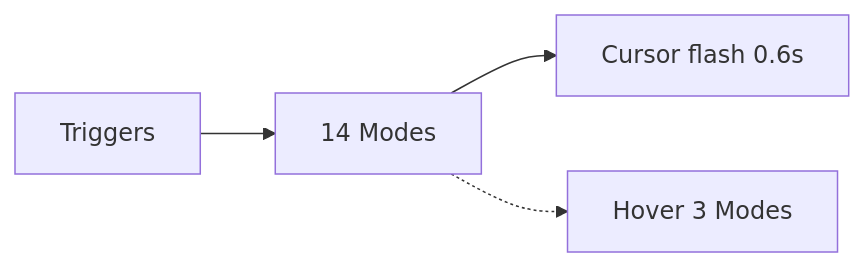
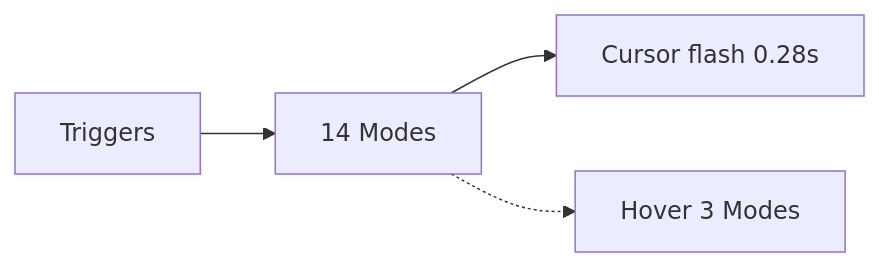
Before and after one commit to ShubhamJ010/mission-control-shortcuts: the diagram in docs/SYMBOLS.md, drawn with Mermaid. The commit also changed other lines of this file and 14 other files, not shown here.

````diff
--- a/docs/SYMBOLS.md
+++ b/docs/SYMBOLS.md
@@ -128,6 +128,6 @@
 ```mermaid
 flowchart LR
   Trig[Triggers] --> Mode[14 Modes]
-  Mode --> Cursor[Cursor flash 0.6s]
+  Mode --> Cursor[Cursor flash 0.28s]
   Mode -.-> Hover[Hover 3 Modes]
 ```
````
